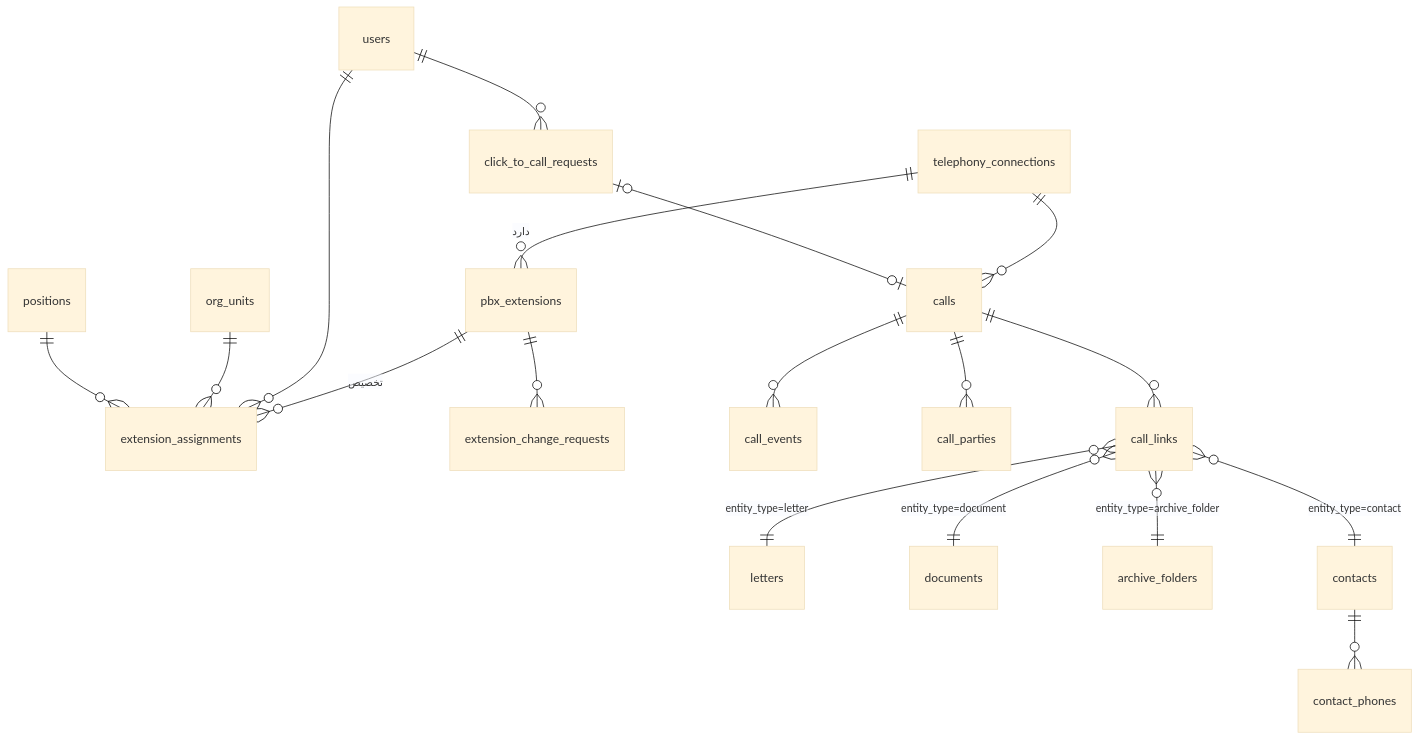
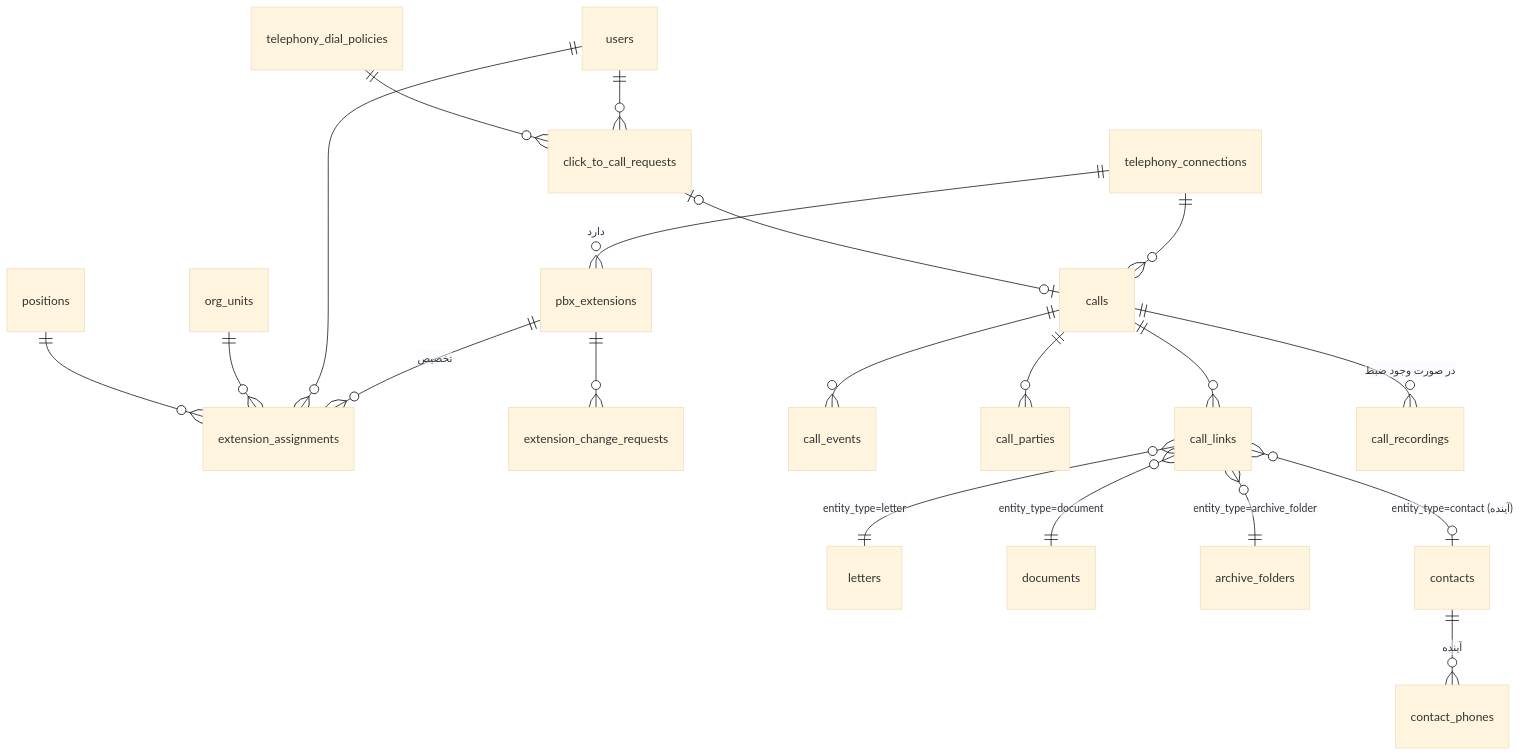
One commit to ardeshirazimi2000-design/kx21 changed the diagram in docs/architecture/telephony/telephony-data-model.md. Above: the diagram before and after it, drawn with Mermaid (base theme). The commit also changed other lines of this file and 8 other files, not shown here.

````diff
--- a/docs/architecture/telephony/telephony-data-model.md
+++ b/docs/architecture/telephony/telephony-data-model.md
@@ -7,20 +21,22 @@
 ```mermaid
 erDiagram
   telephony_connections ||--o{ pbx_extensions : "دارد"
   pbx_extensions ||--o{ extension_assignments : "تخصیص"
   users ||--o{ extension_assignments : ""
   org_units ||--o{ extension_assignments : ""
   positions ||--o{ extension_assignments : ""
   pbx_extensions ||--o{ extension_change_requests : ""
   telephony_connections ||--o{ calls : ""
   calls ||--o{ call_events : ""
   calls ||--o{ call_parties : ""
   calls ||--o{ call_links : ""
   call_links }o--|| letters : "entity_type=letter"
   call_links }o--|| documents : "entity_type=document"
   call_links }o--|| archive_folders : "entity_type=archive_folder"
-  call_links }o--|| contacts : "entity_type=contact"
-  contacts ||--o{ contact_phones : ""
+  call_links }o--o| contacts : "entity_type=contact (آینده)"
+  contacts ||--o{ contact_phones : "آینده"
   users ||--o{ click_to_call_requests : ""
   click_to_call_requests |o--o| calls : ""
+  telephony_dial_policies ||--o{ click_to_call_requests : ""
+  calls ||--o{ call_recordings : "در صورت وجود ضبط"
 ```
````
